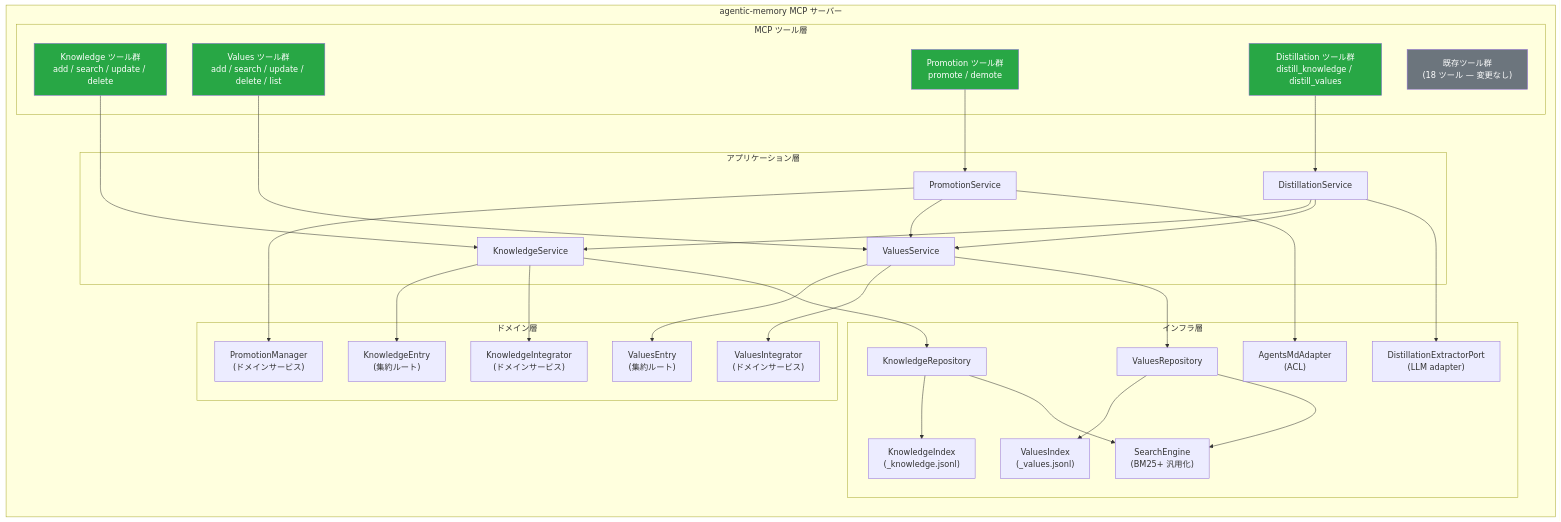
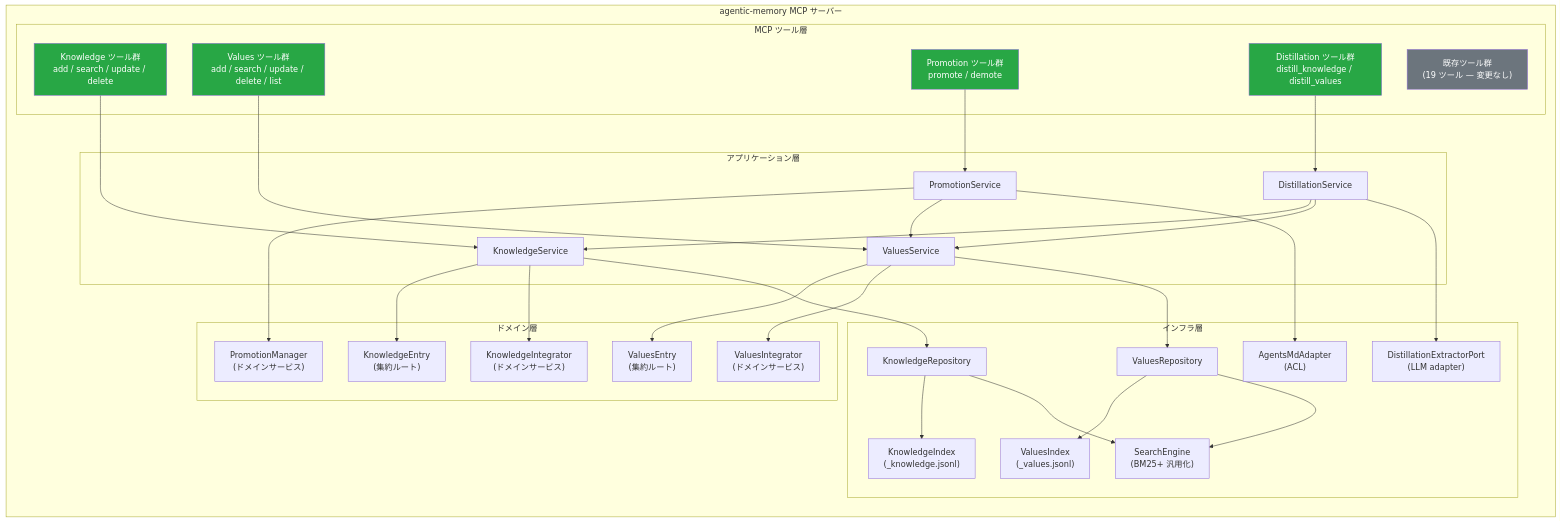
Before and after one commit to RK0429/agentic-memory: the second of 6 diagrams in docs/design/ARCHITECTURE-knowledge-values.md, drawn with Mermaid. The commit also changed other lines of this file and 2 other files, not shown here.

````diff
--- a/docs/design/ARCHITECTURE-knowledge-values.md
+++ b/docs/design/ARCHITECTURE-knowledge-values.md
@@ -55,66 +55,66 @@
 ```mermaid
 graph TB
     subgraph "agentic-memory MCP サーバー"
         direction TB
 
         subgraph "MCP ツール層"
             KT["Knowledge ツール群<br/>add / search / update / delete"]
             VT["Values ツール群<br/>add / search / update / delete / list"]
             PT["Promotion ツール群<br/>promote / demote"]
             DT["Distillation ツール群<br/>distill_knowledge / distill_values"]
-            ET["既存ツール群<br/>(18 ツール — 変更なし)"]
+            ET["既存ツール群<br/>(19 ツール — 変更なし)"]
         end
 
         subgraph "アプリケーション層"
             KS["KnowledgeService"]
             VS["ValuesService"]
             DS["DistillationService"]
             PS["PromotionService"]
         end
 
         subgraph "ドメイン層"
             KE["KnowledgeEntry<br/>(集約ルート)"]
             VE["ValuesEntry<br/>(集約ルート)"]
             KI["KnowledgeIntegrator<br/>(ドメインサービス)"]
             VI["ValuesIntegrator<br/>(ドメインサービス)"]
             PM["PromotionManager<br/>(ドメインサービス)"]
         end
 
         subgraph "インフラ層"
             KR["KnowledgeRepository"]
             VR["ValuesRepository"]
             KIdx["KnowledgeIndex<br/>(_knowledge.jsonl)"]
             VIdx["ValuesIndex<br/>(_values.jsonl)"]
             SE["SearchEngine<br/>(BM25+ 汎用化)"]
             DX["DistillationExtractorPort<br/>(LLM adapter)"]
             AA["AgentsMdAdapter<br/>(ACL)"]
         end
     end
 
     KT --> KS
     VT --> VS
     PT --> PS
     DT --> DS
     KS --> KE
     KS --> KI
     KS --> KR
     VS --> VE
     VS --> VI
     VS --> VR
     DS --> KS
     DS --> VS
     DS --> DX
     PS --> PM
     PS --> VS
     PS --> AA
     KR --> KIdx
     VR --> VIdx
     KR --> SE
     VR --> SE
 
     style KT fill:#28a745,color:#fff
     style VT fill:#28a745,color:#fff
     style PT fill:#28a745,color:#fff
     style DT fill:#28a745,color:#fff
     style ET fill:#6c757d,color:#fff
 ```
````
